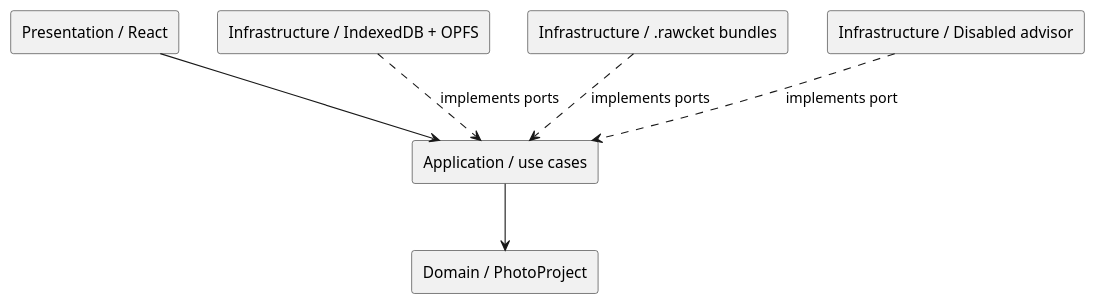
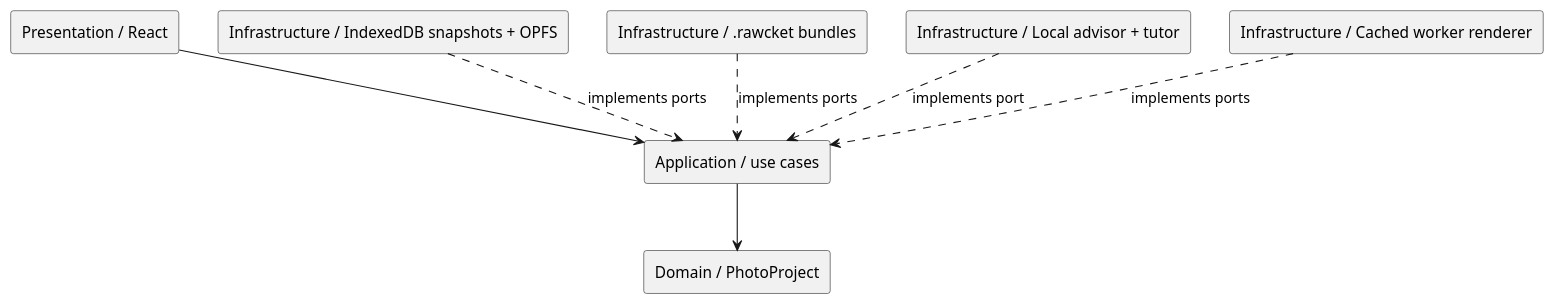
Before and after one commit to haskou/RAWcket: the diagram in docs/architecture.puml, drawn with PlantUML. The commit also changed 6 other files, not shown here.

```diff
--- a/docs/architecture.puml
+++ b/docs/architecture.puml
@@ -1,15 +1,17 @@
 @startuml
 skinparam componentStyle rectangle
 component "Presentation / React" as Presentation
 component "Application / use cases" as Application
 component "Domain / PhotoProject" as Domain
-component "Infrastructure / IndexedDB + OPFS" as Persistence
+component "Infrastructure / IndexedDB snapshots + OPFS" as Persistence
 component "Infrastructure / .rawcket bundles" as Bundles
-component "Infrastructure / Disabled advisor" as Advisor
+component "Infrastructure / Local advisor + tutor" as Advisor
+component "Infrastructure / Cached worker renderer" as Renderer
 
 Presentation --> Application
 Application --> Domain
 Persistence ..> Application : implements ports
 Bundles ..> Application : implements ports
 Advisor ..> Application : implements port
+Renderer ..> Application : implements ports
 @enduml
```
